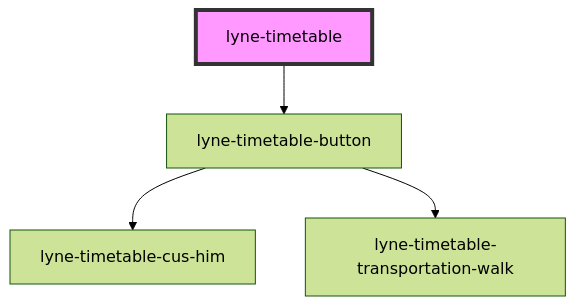
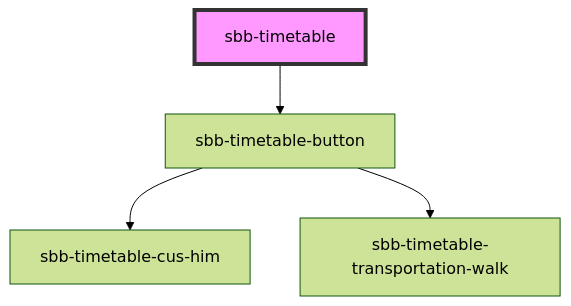
Before and after one commit to sbb-design-systems/lyne-components: the diagram in src/components/sbb-timetable/readme.md, drawn with Mermaid (forest theme). The commit also changed other lines of this file and 348 other files, not shown here.

Commit message:
refactor: 'lyne' prefix renamed to 'sbb'

````diff
--- a/src/components/sbb-timetable/readme.md
+++ b/src/components/sbb-timetable/readme.md
@@ -15,7 +15,7 @@
 ```mermaid
 graph TD;
-  lyne-timetable --> lyne-timetable-button
-  lyne-timetable-button --> lyne-timetable-cus-him
-  lyne-timetable-button --> lyne-timetable-transportation-walk
-  style lyne-timetable fill:#f9f,stroke:#333,stroke-width:4px
+  sbb-timetable --> sbb-timetable-button
+  sbb-timetable-button --> sbb-timetable-cus-him
+  sbb-timetable-button --> sbb-timetable-transportation-walk
+  style sbb-timetable fill:#f9f,stroke:#333,stroke-width:4px
 ```
````
